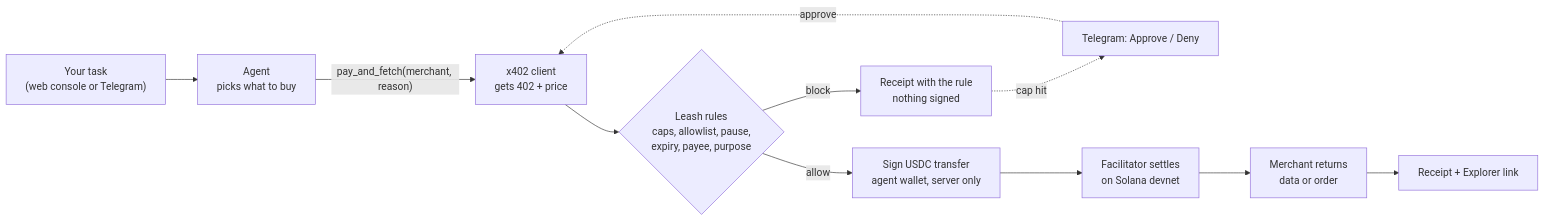
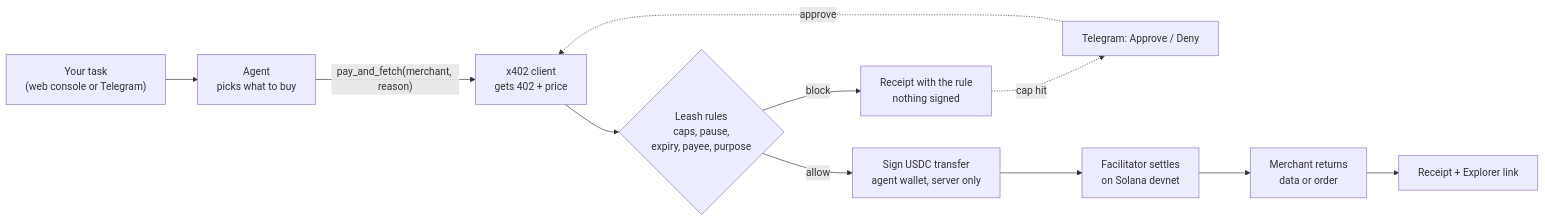
The diagram in README.md (roytan355/agent-expense-account), drawn with Mermaid before and after one commit. The commit also changed other lines of this file and 4 other files, not shown here.

First line of the commit message:
Drop the merchant allowlist: the agent can buy anything Leash sells

````diff
--- a/README.md
+++ b/README.md
@@ -42,13 +42,13 @@
 ```mermaid
 flowchart LR
     T["Your task<br/>(web console or Telegram)"] --> A["Agent<br/>picks what to buy"]
     A -->|"pay_and_fetch(merchant, reason)"| C["x402 client<br/>gets 402 + price"]
-    C --> P{"Leash rules<br/>caps, allowlist, pause,<br/>expiry, payee, purpose"}
+    C --> P{"Leash rules<br/>caps, pause,<br/>expiry, payee, purpose"}
     P -->|block| R1["Receipt with the rule<br/>nothing signed"]
     R1 -.->|cap hit| TG["Telegram: Approve / Deny"]
     TG -.->|approve| C
     P -->|allow| S["Sign USDC transfer<br/>agent wallet, server only"]
     S --> F["Facilitator settles<br/>on Solana devnet"]
     F --> M["Merchant returns<br/>data or order"]
     M --> R2["Receipt + Explorer link"]
 ```
````
